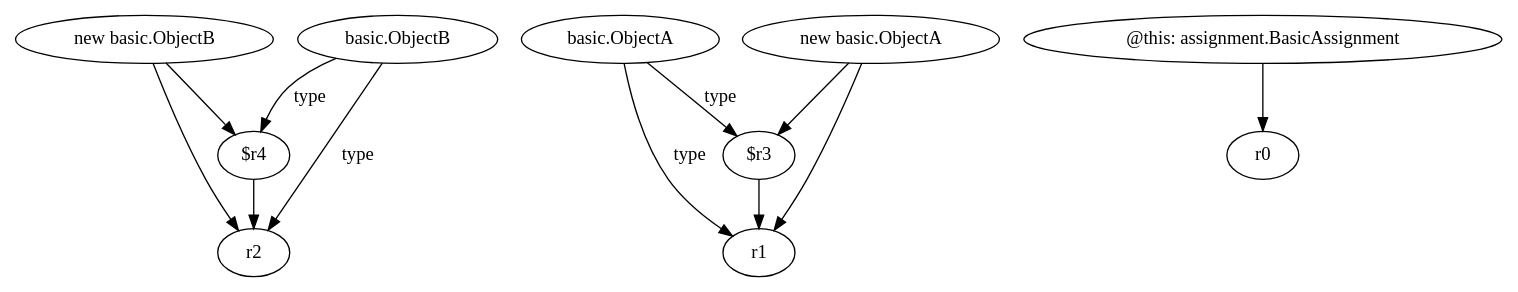
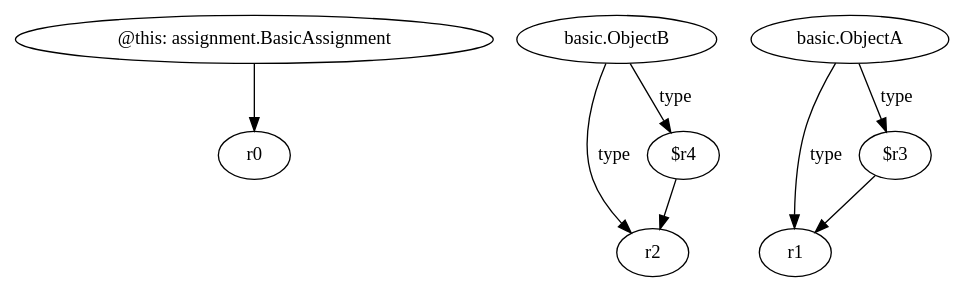
Before and after one commit to SeanCoek/zString: the diagram in relation2/<assignment.BasicAssignment: void var2param()>.dot, drawn with Graphviz. The commit also changed 34 other files, not shown here.

Commit message:
update graph

```diff
--- a/relation2/<assignment.BasicAssignment: void var2param()>.dot
+++ b/relation2/<assignment.BasicAssignment: void var2param()>.dot
@@ -1,23 +1,17 @@
 digraph g {
-0[label="new basic.ObjectB"]
-1[label="$r4"]
+0[label="@this: assignment.BasicAssignment"]
+1[label="r0"]
 0->1[label=""]
 2[label="basic.ObjectB"]
 3[label="r2"]
 2->3[label="type"]
-0->3[label=""]
 4[label="basic.ObjectA"]
 5[label="r1"]
 4->5[label="type"]
-2->1[label="type"]
-6[label="new basic.ObjectA"]
+6[label="$r4"]
+2->6[label="type"]
+6->3[label=""]
 7[label="$r3"]
-6->7[label=""]
-1->3[label=""]
-6->5[label=""]
 4->7[label="type"]
-8[label="@this: assignment.BasicAssignment"]
-9[label="r0"]
-8->9[label=""]
 7->5[label=""]
 }
```
